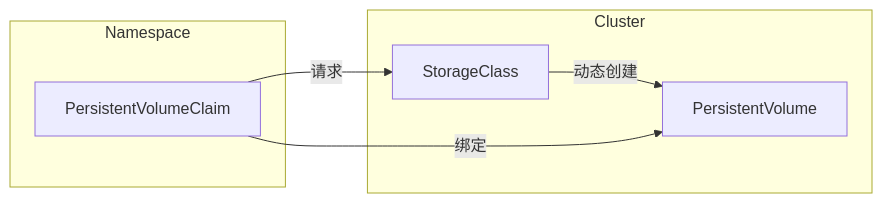
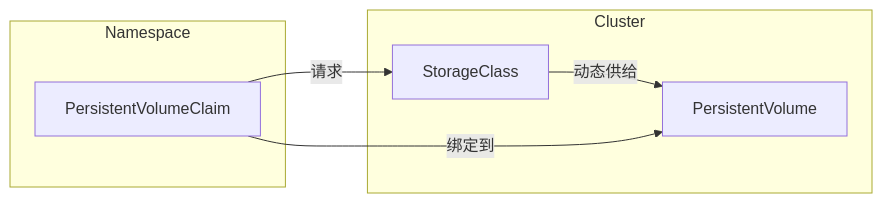
The diagram in docs/zh/configure/storage/concepts/key_concepts.mdx (alauda/acp-docs), drawn with Mermaid before and after one commit. The commit also changed other lines of this file and 590 other files, not shown here.

````diff
--- a/docs/zh/configure/storage/concepts/key_concepts.mdx
+++ b/docs/zh/configure/storage/concepts/key_concepts.mdx
@@ -17,14 +21,13 @@
 ```mermaid
 flowchart LR
     subgraph Namespace
         pvc[PersistentVolumeClaim]
     end
     subgraph Cluster
         pv[PersistentVolume]
         sc[StorageClass]
     end
-
     pvc -- 请求 --> sc
-    sc -- 动态创建 --> pv
-    pvc -- 绑定 --> pv
+    sc -- 动态供给 --> pv
+    pvc -- 绑定到 --> pv
 ```
````
